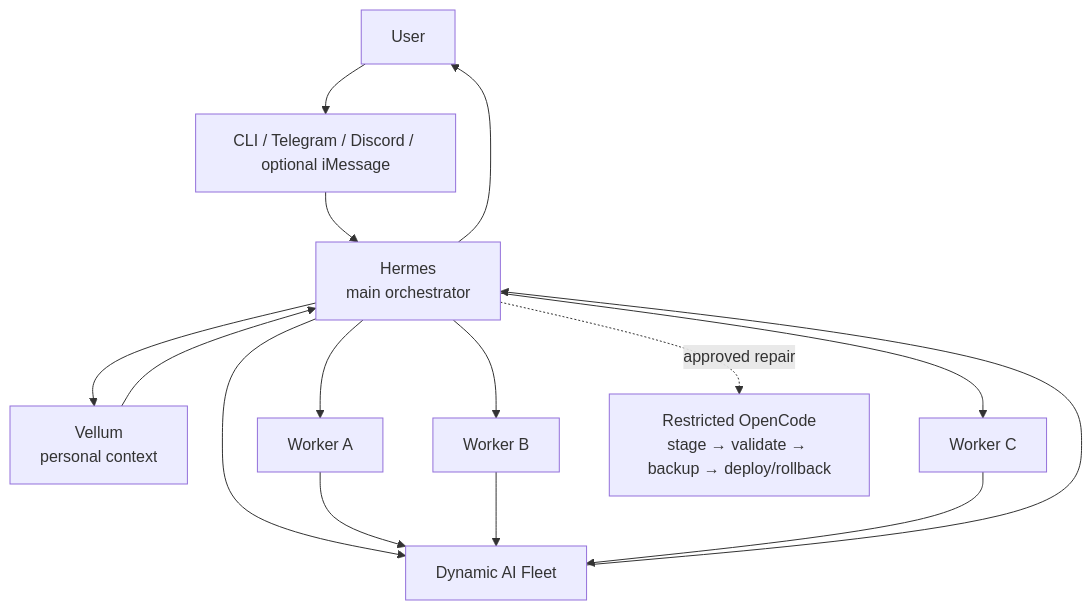
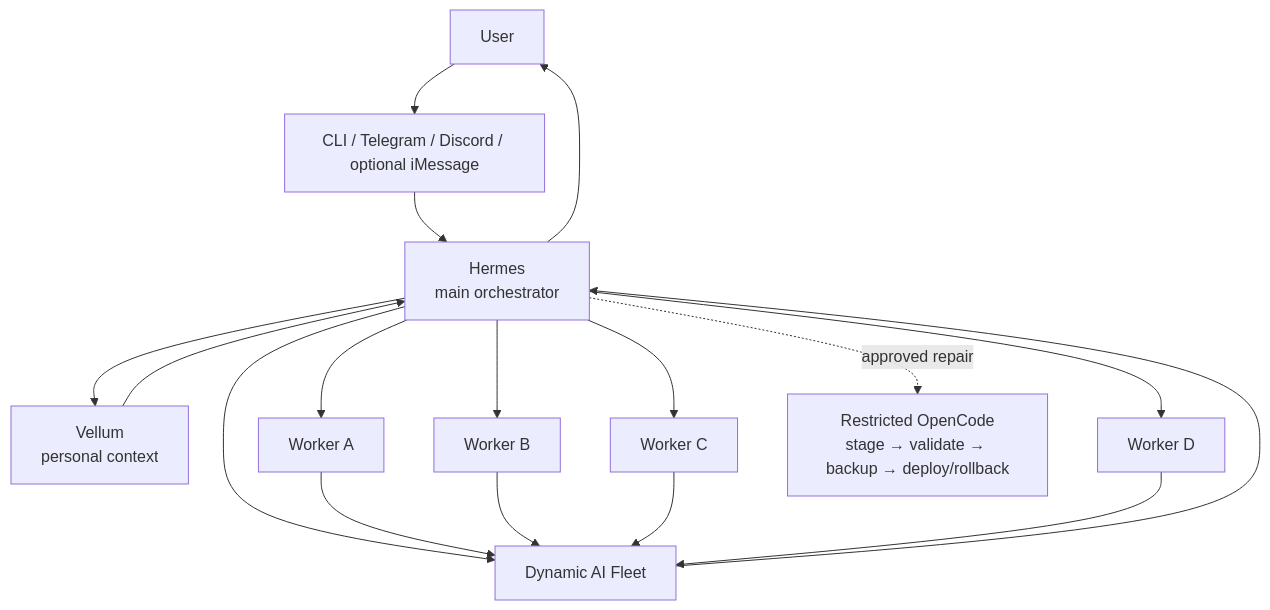
Before and after one commit to Mukeshkr-19/OpenCloudAssistant: the diagram in README.md, drawn with Mermaid. The commit also changed other lines of this file and 72 other files, not shown here.

````diff
--- a/README.md
+++ b/README.md
@@ -35,17 +35,19 @@
 ```mermaid
 flowchart TD
     U[User] --> C[CLI / Telegram / Discord / optional iMessage]
     C --> H[Hermes<br/>main orchestrator]
     H --> V[Vellum<br/>personal context]
     V --> H
     H --> W1[Worker A]
     H --> W2[Worker B]
     H --> W3[Worker C]
+    H --> W4[Worker D]
     H --> F[Dynamic AI Fleet]
     W1 --> F
     W2 --> F
     W3 --> F
+    W4 --> F
     F --> H
     H --> U
     H -. approved repair .-> R[Restricted OpenCode<br/>stage → validate → backup → deploy/rollback]
 ```
````
